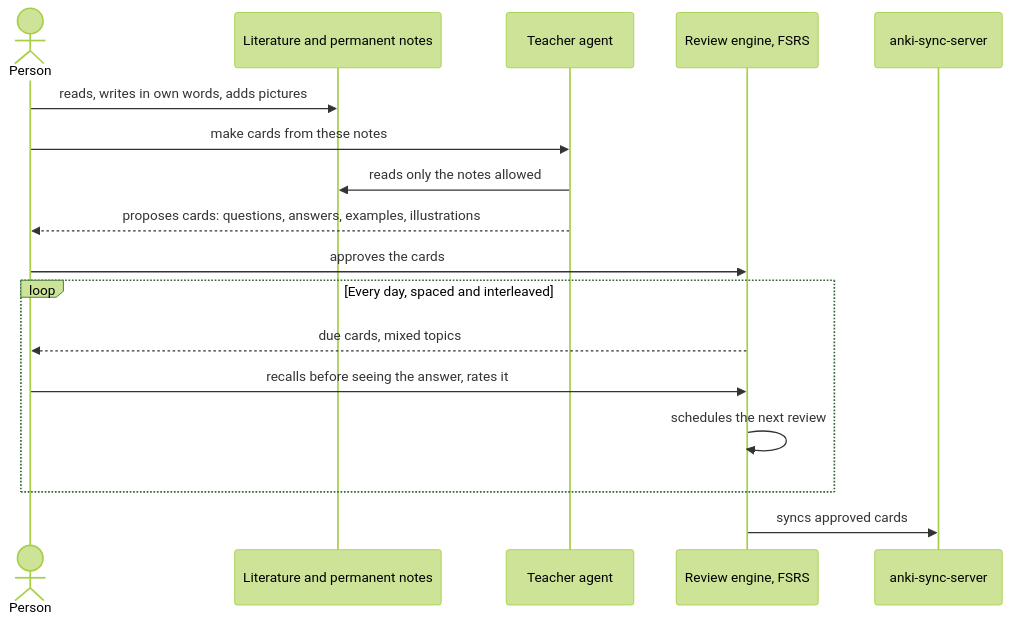
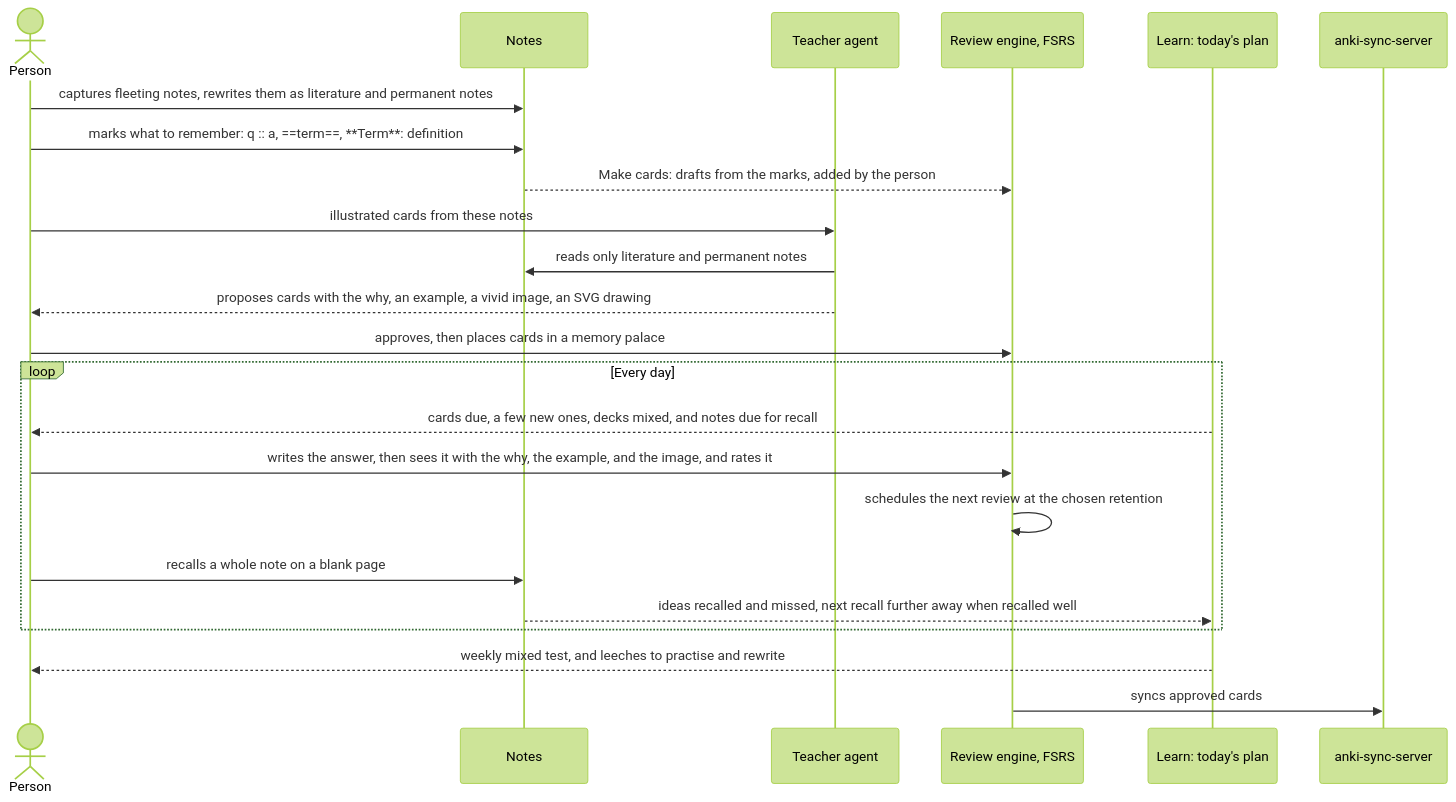
One commit to thoutmose/axon changed the fifth of 8 diagrams in README.fr.md. Above: the diagram before and after it, drawn with Mermaid (forest theme). The commit also changed other lines of this file and 46 other files, not shown here.

````diff
--- a/README.fr.md
+++ b/README.fr.md
@@ -215,19 +216,25 @@
 ```mermaid
 sequenceDiagram
   actor P as Person
-  participant N as Literature and permanent notes
+  participant N as Notes
   participant T as Teacher agent
   participant R as Review engine, FSRS
+  participant L as Learn: today's plan
   participant A as anki-sync-server
-  P->>N: reads, writes in own words, adds pictures
-  P->>T: make cards from these notes
-  T->>N: reads only the notes allowed
-  T-->>P: proposes cards: questions, answers, examples, illustrations
-  P->>R: approves the cards
-  loop Every day, spaced and interleaved
-    R-->>P: due cards, mixed topics
-    P->>R: recalls before seeing the answer, rates it
-    R->>R: schedules the next review
+  P->>N: captures fleeting notes, rewrites them as literature and permanent notes
+  P->>N: marks what to remember: q :: a, ==term==, **Term**: definition
+  N-->>R: Make cards: drafts from the marks, added by the person
+  P->>T: illustrated cards from these notes
+  T->>N: reads only literature and permanent notes
+  T-->>P: proposes cards with the why, an example, a vivid image, an SVG drawing
+  P->>R: approves, then places cards in a memory palace
+  loop Every day
+    L-->>P: cards due, a few new ones, decks mixed, and notes due for recall
+    P->>R: writes the answer, then sees it with the why, the example, and the image, and rates it
+    R->>R: schedules the next review at the chosen retention
+    P->>N: recalls a whole note on a blank page
+    N-->>L: ideas recalled and missed, next recall further away when recalled well
   end
+  L-->>P: weekly mixed test, and leeches to practise and rewrite
   R->>A: syncs approved cards
 ```
````
